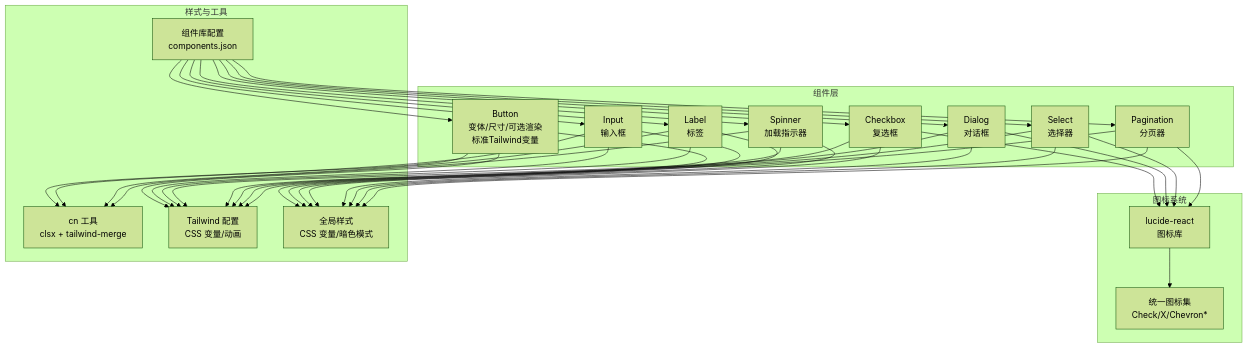
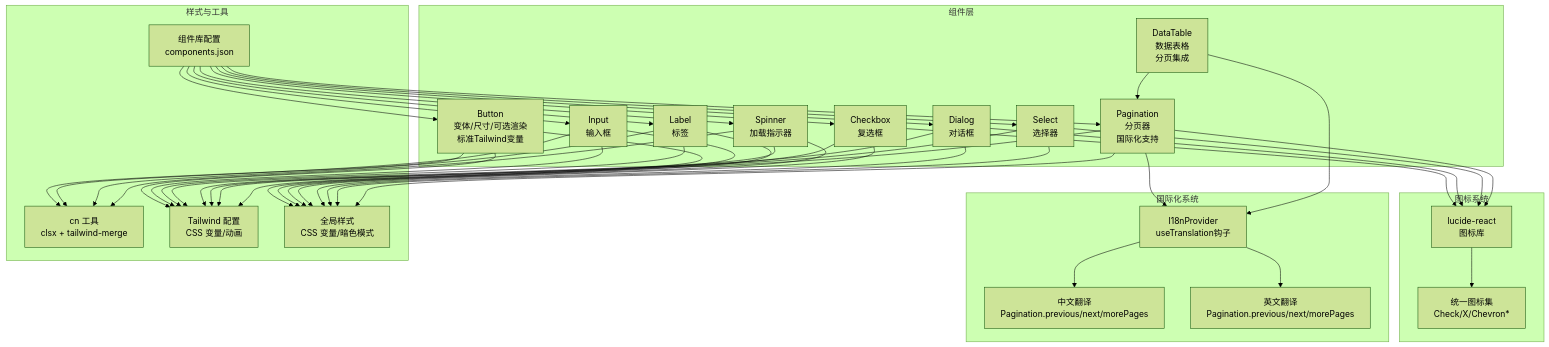
Before and after one commit to RadiumAg/AIGate: the first of 7 diagrams in .qoder/repowiki/zh/content/bac38ca8-c468-473f-916b-5ad8be607917/基础组件.md, drawn with Mermaid (forest theme). The commit also changed other lines of this file and 4 other files, not shown here.

````diff
--- a/.qoder/repowiki/zh/content/bac38ca8-c468-473f-916b-5ad8be607917/基础组件.md
+++ b/.qoder/repowiki/zh/content/bac38ca8-c468-473f-916b-5ad8be607917/基础组件.md
@@ -52,56 +58,67 @@
 ```mermaid
 graph TB
 subgraph "组件层"
 BTN["Button<br/>变体/尺寸/可选渲染<br/>标准Tailwind变量"]
 INP["Input<br/>输入框"]
 LAB["Label<br/>标签"]
 SPN["Spinner<br/>加载指示器"]
 CHK["Checkbox<br/>复选框"]
 DLG["Dialog<br/>对话框"]
 SEL["Select<br/>选择器"]
-PAG["Pagination<br/>分页器"]
+PAG["Pagination<br/>分页器<br/>国际化支持"]
+DT["DataTable<br/>数据表格<br/>分页集成"]
 end
 subgraph "图标系统"
 LUCIDE["lucide-react<br/>图标库"]
 ICONSET["统一图标集<br/>Check/X/Chevron*"]
+end
+subgraph "国际化系统"
+I18N["I18nProvider<br/>useTranslation钩子"]
+ZH["中文翻译<br/>Pagination.previous/next/morePages"]
+EN["英文翻译<br/>Pagination.previous/next/morePages"]
 end
 subgraph "样式与工具"
 UTIL["cn 工具<br/>clsx + tailwind-merge"]
 TWCFG["Tailwind 配置<br/>CSS 变量/动画"]
 CSS["全局样式<br/>CSS 变量/暗色模式"]
 CFG["组件库配置<br/>components.json"]
 end
 BTN --> UTIL
 INP --> UTIL
 LAB --> UTIL
 SPN --> UTIL
 CHK --> LUCIDE
 DLG --> LUCIDE
 SEL --> LUCIDE
 PAG --> LUCIDE
+PAG --> I18N
+DT --> PAG
+DT --> I18N
 BTN --> TWCFG
 INP --> TWCFG
 LAB --> TWCFG
 SPN --> TWCFG
 CHK --> TWCFG
 DLG --> TWCFG
 SEL --> TWCFG
 PAG --> TWCFG
 BTN --> CSS
 INP --> CSS
 LAB --> CSS
 SPN --> CSS
 CHK --> CSS
 DLG --> CSS
 SEL --> CSS
 PAG --> CSS
 LUCIDE --> ICONSET
+I18N --> ZH
+I18N --> EN
 CFG --> BTN
 CFG --> INP
 CFG --> LAB
 CFG --> SPN
 CFG --> CHK
 CFG --> DLG
 CFG --> SEL
 CFG --> PAG
 ```
````
